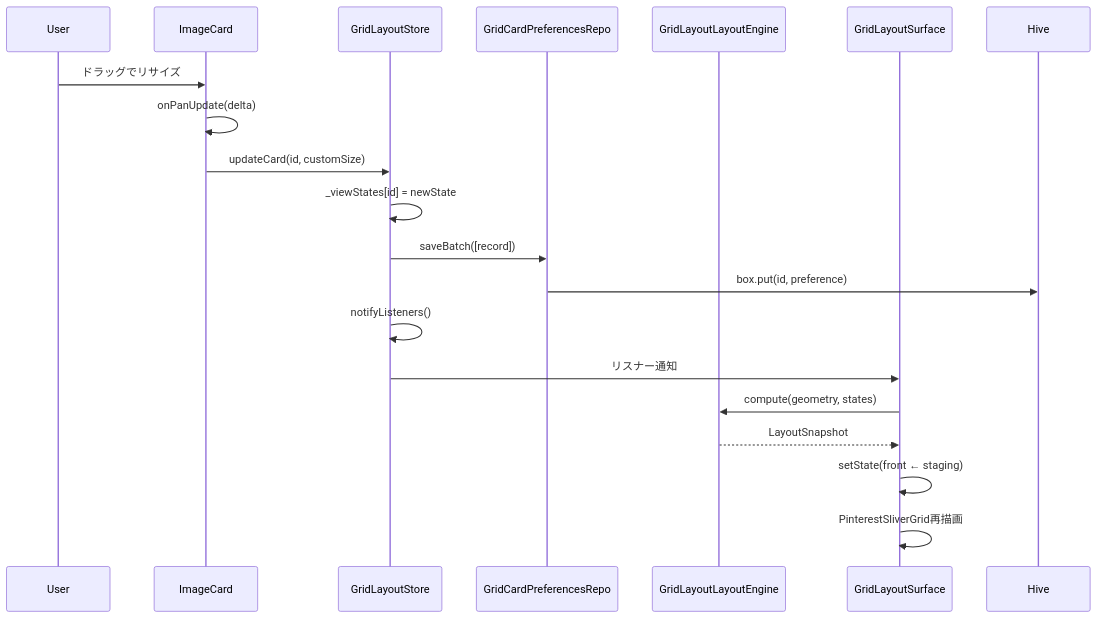
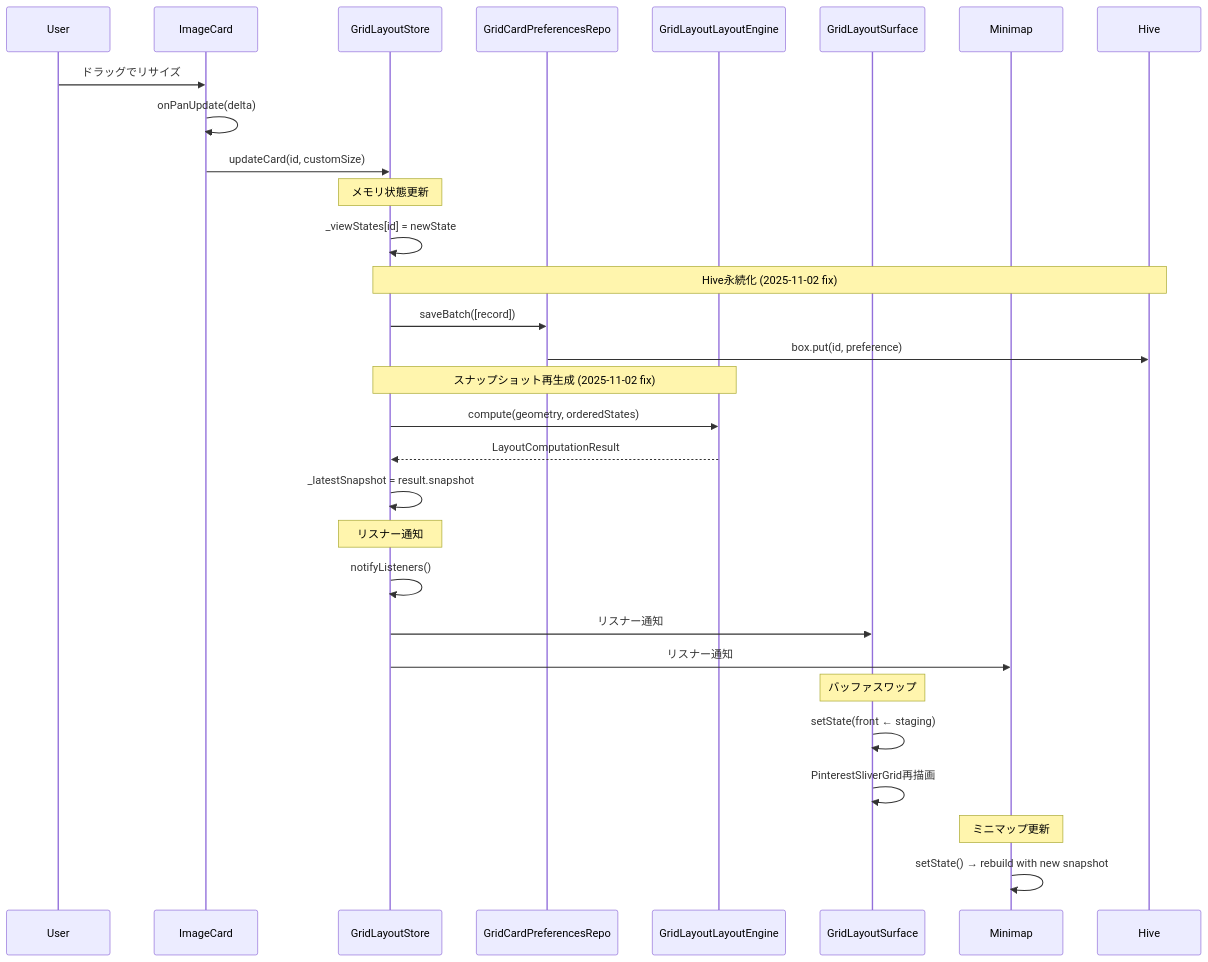
One commit to lietsee/clip-pix changed the fifth of 8 diagrams in docs/architecture/data_flow.md. Above: the diagram before and after it, drawn with Mermaid. The commit also changed other lines of this file and 4 other files, not shown here.

First line of the commit message:
docs: update core architecture docs with recent bug fixes (Phase 1)

````diff
--- a/docs/architecture/data_flow.md
+++ b/docs/architecture/data_flow.md
@@ -154,23 +155,39 @@
 ```mermaid
 sequenceDiagram
     participant User
     participant IC as ImageCard
     participant GLS as GridLayoutStore
     participant GCPR as GridCardPreferencesRepo
     participant Engine as GridLayoutLayoutEngine
     participant Surface as GridLayoutSurface
+    participant Minimap as Minimap
     participant Hive
 
     User->>IC: ドラッグでリサイズ
     IC->>IC: onPanUpdate(delta)
     IC->>GLS: updateCard(id, customSize)
+
+    Note over GLS: メモリ状態更新
     GLS->>GLS: _viewStates[id] = newState
+
+    Note over GLS,Hive: Hive永続化 (2025-11-02 fix)
     GLS->>GCPR: saveBatch([record])
     GCPR->>Hive: box.put(id, preference)
+
+    Note over GLS,Engine: スナップショット再生成 (2025-11-02 fix)
+    GLS->>Engine: compute(geometry, orderedStates)
+    Engine-->>GLS: LayoutComputationResult
+    GLS->>GLS: _latestSnapshot = result.snapshot
+
+    Note over GLS: リスナー通知
     GLS->>GLS: notifyListeners()
     GLS->>Surface: リスナー通知
-    Surface->>Engine: compute(geometry, states)
-    Engine-->>Surface: LayoutSnapshot
+    GLS->>Minimap: リスナー通知
+
+    Note over Surface: バッファスワップ
     Surface->>Surface: setState(front ← staging)
     Surface->>Surface: PinterestSliverGrid再描画
+
+    Note over Minimap: ミニマップ更新
+    Minimap->>Minimap: setState() → rebuild with new snapshot
 ```
````
